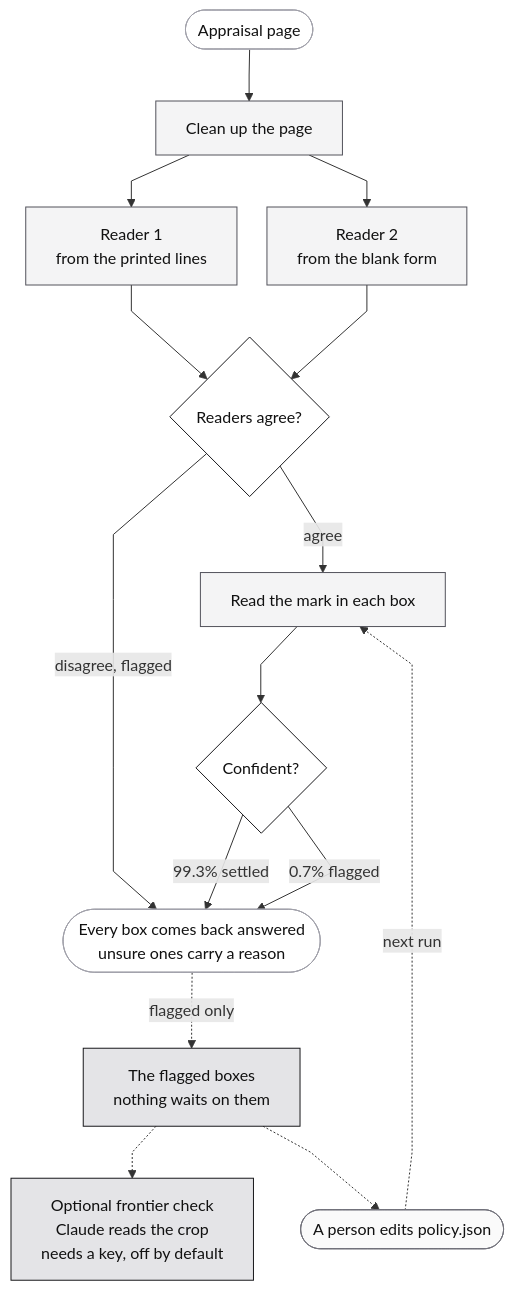
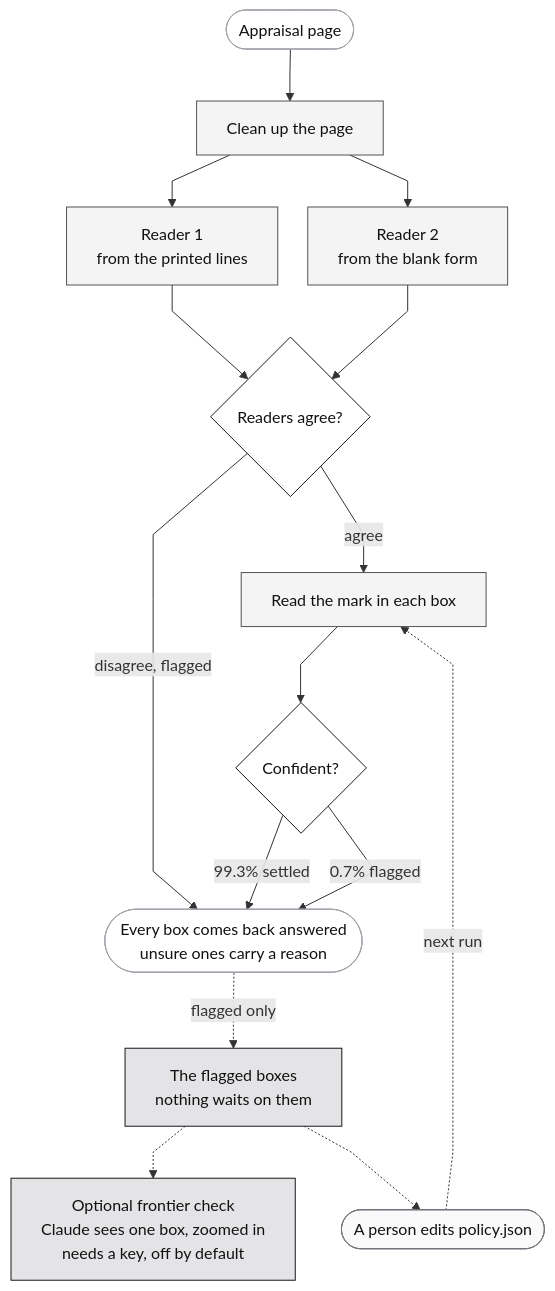
The diagram in README.md (jameswniu/synthetic-image-recognition-cnn-harness), drawn with Mermaid before and after one commit. The commit also changed 1 other file, not shown here.

Commit message:
Say zoomed-in box instead of crop, so the diagrams need no glossary

````diff
--- a/README.md
+++ b/README.md
@@ -74,36 +74,36 @@
 ```mermaid
 %%{init: {"flowchart": {"curve": "linear", "nodeSpacing": 30, "rankSpacing": 52, "useMaxWidth": true, "wrappingWidth": 420}}}%%
 flowchart TB
     IN([Appraisal page]):::io
     N["Clean up the page"]:::det
     W1["Reader 1<br/>from the printed lines"]:::det
     W2["Reader 2<br/>from the blank form"]:::det
     G{"Readers agree?"}:::gate
     S["Read the mark in each box"]:::det
     C{"Confident?"}:::gate
     OUT([Every box comes back answered<br/>unsure ones carry a reason]):::io
     Q["The flagged boxes<br/>nothing waits on them"]:::exc
-    L["Optional frontier check<br/>Claude reads the crop<br/>needs a key, off by default"]:::exc
+    L["Optional frontier check<br/>Claude sees one box, zoomed in<br/>needs a key, off by default"]:::exc
     H([A person edits policy.json]):::hum
 
     IN --> N
     N --> W1
     N --> W2
     W1 --> G
     W2 --> G
     G -->|agree| S
     G -->|"disagree, flagged"| OUT
     S --> C
     C -->|"99.3% settled"| OUT
     C -->|"0.7% flagged"| OUT
     OUT -.->|flagged only| Q
     Q -.-> L
     Q -.-> H
     H -.->|"next run"| S
 
     classDef io fill:#ffffff,stroke:#a1a1aa,stroke-width:1px,color:#111111
     classDef det fill:#f4f4f5,stroke:#52525b,stroke-width:1px,color:#111111
     classDef gate fill:#ffffff,stroke:#18181b,stroke-width:1px,color:#111111
     classDef exc fill:#e4e4e7,stroke:#18181b,stroke-width:1px,color:#111111
     classDef hum fill:#fafafa,stroke:#71717a,stroke-width:1px,color:#111111
 ```
````
